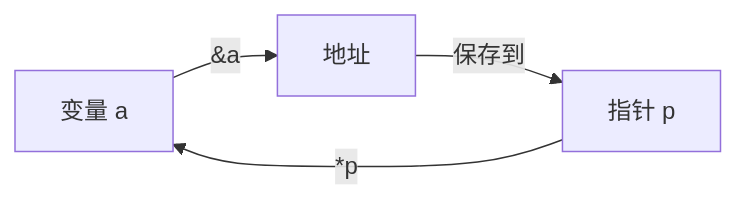
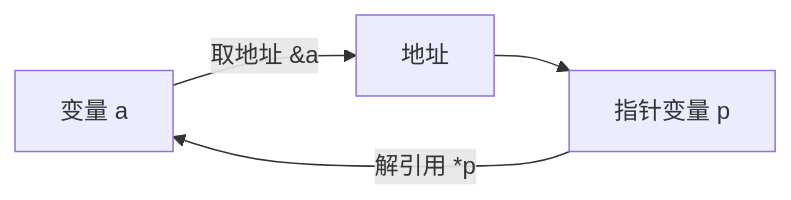
Before and after one commit to shanchuann/TheGitbookLibrary: the first of 6 diagrams in C语言圣经/pointers.md, drawn with Mermaid. The commit also changed other lines of this file, not shown here.

````diff
--- a/C语言圣经/pointers.md
+++ b/C语言圣经/pointers.md
@@ -14,6 +21,6 @@
-```mermaid
+~~~mermaid
 flowchart LR
-    A[变量 a] -->|&a| B[地址]
-    B -->|保存到| C[指针 p]
-    C -->|*p| A
-```
+    A[变量 a] -->|取地址 &a| B[地址]
+    B --> C[指针变量 p]
+    C -->|解引用 *p| A
+~~~
````
